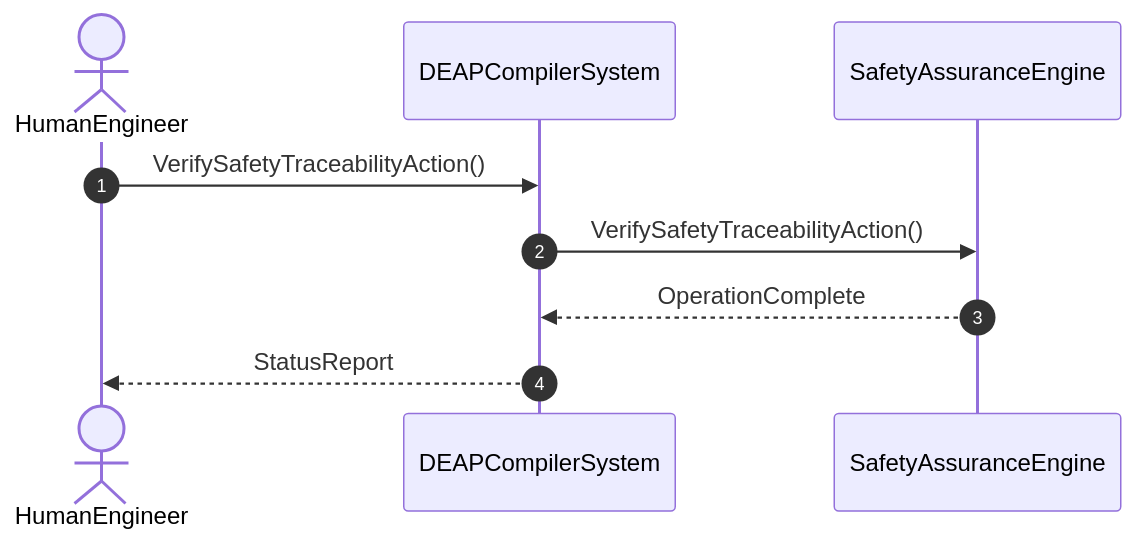
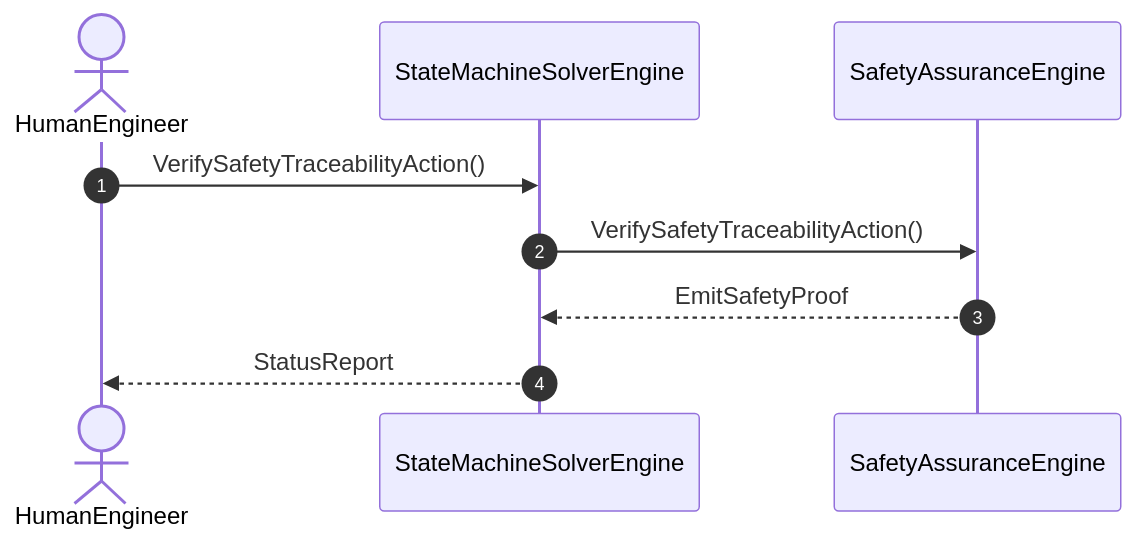
One commit to gintatkinson/dumpiler-01 changed the diagram in docs/user-stories/US-07-VerifySafetyTraceabilityAction.md. Above: the diagram before and after it, drawn with Mermaid. The commit also changed other lines of this file and 45 other files, not shown here.

````diff
--- a/docs/user-stories/US-07-VerifySafetyTraceabilityAction.md
+++ b/docs/user-stories/US-07-VerifySafetyTraceabilityAction.md
@@ -16,11 +16,11 @@
 ```mermaid
 sequenceDiagram
     autonumber
     actor HumanEngineer
-    participant DEAPCompilerSystem
+    participant StateMachineSolverEngine
     participant SafetyAssuranceEngine
-    HumanEngineer->>DEAPCompilerSystem: VerifySafetyTraceabilityAction()
-    DEAPCompilerSystem->>SafetyAssuranceEngine: VerifySafetyTraceabilityAction()
-    SafetyAssuranceEngine-->>DEAPCompilerSystem: OperationComplete
-    DEAPCompilerSystem-->>HumanEngineer: StatusReport
+    HumanEngineer->>StateMachineSolverEngine: VerifySafetyTraceabilityAction()
+    StateMachineSolverEngine->>SafetyAssuranceEngine: VerifySafetyTraceabilityAction()
+    SafetyAssuranceEngine-->>StateMachineSolverEngine: EmitSafetyProof
+    StateMachineSolverEngine-->>HumanEngineer: StatusReport
 ```
````
